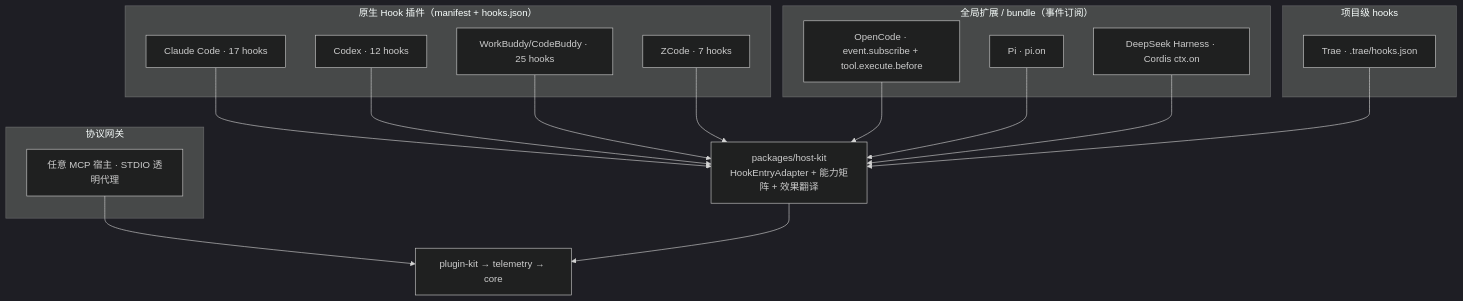
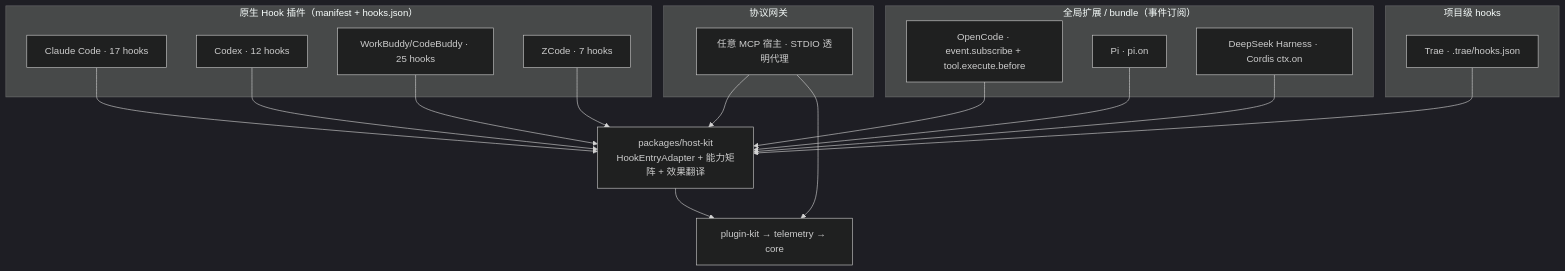
One commit to chaos-design/arcs changed the diagram in docs/plugins.md. Above: the diagram before and after it, drawn with Mermaid (dark theme). The commit also changed other lines of this file and 12 other files, not shown here.

````diff
--- a/docs/plugins.md
+++ b/docs/plugins.md
@@ -11,32 +11,33 @@
 ```mermaid
 flowchart TB
   subgraph HOOK["原生 Hook 插件（manifest + hooks.json）"]
     CC["Claude Code · 17 hooks"]
     CX["Codex · 12 hooks"]
     WB["WorkBuddy/CodeBuddy · 25 hooks"]
     ZC["ZCode · 7 hooks"]
   end
   subgraph EXT["全局扩展 / bundle（事件订阅）"]
     OC["OpenCode · event.subscribe + tool.execute.before"]
     PI["Pi · pi.on"]
     DS["DeepSeek Harness · Cordis ctx.on"]
   end
   subgraph DIRECT["项目级 hooks"]
     TR["Trae · .trae/hooks.json"]
   end
   subgraph GATE["协议网关"]
     MCP["任意 MCP 宿主 · STDIO 透明代理"]
   end
   KIT["packages/host-kit<br/>HookEntryAdapter + 能力矩阵 + 效果翻译"]
   CORE["plugin-kit → telemetry → core"]
   CC --> KIT
   CX --> KIT
   WB --> KIT
   ZC --> KIT
   OC --> KIT
   PI --> KIT
   DS --> KIT
   TR --> KIT
+  MCP --> KIT
   MCP --> CORE
   KIT --> CORE
 ```
````
